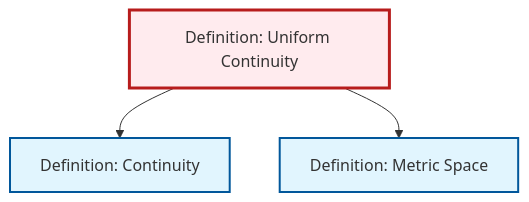
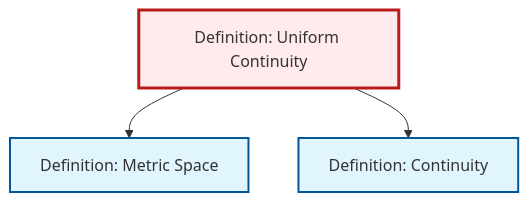
Before and after one commit to RK0429/ModernMath: the diagram in output/mermaid/def-uniform-continuity.mermaid, drawn with Mermaid. The commit also changed other lines of this file and 491 other files, not shown here.

```diff
--- a/output/mermaid/def-uniform-continuity.mermaid
+++ b/output/mermaid/def-uniform-continuity.mermaid
@@ -1,13 +1,13 @@
 %%| fig-cap: "Local dependency graph"
 graph TD
     classDef definition fill:#e1f5fe,stroke:#01579b,stroke-width:2px
     classDef theorem fill:#f3e5f5,stroke:#4a148c,stroke-width:2px
     classDef axiom fill:#fff3e0,stroke:#e65100,stroke-width:2px
     classDef example fill:#e8f5e9,stroke:#1b5e20,stroke-width:2px
     classDef current fill:#ffebee,stroke:#b71c1c,stroke-width:3px
+    def-metric-space["Definition: Metric Space"]:::definition
     def-continuity["Definition: Continuity"]:::definition
-    def-metric-space["Definition: Metric Space"]:::definition
     def-uniform-continuity["Definition: Uniform Continuity"]:::definition
+    def-uniform-continuity --> def-metric-space
     def-uniform-continuity --> def-continuity
-    def-uniform-continuity --> def-metric-space
     class def-uniform-continuity current
```
